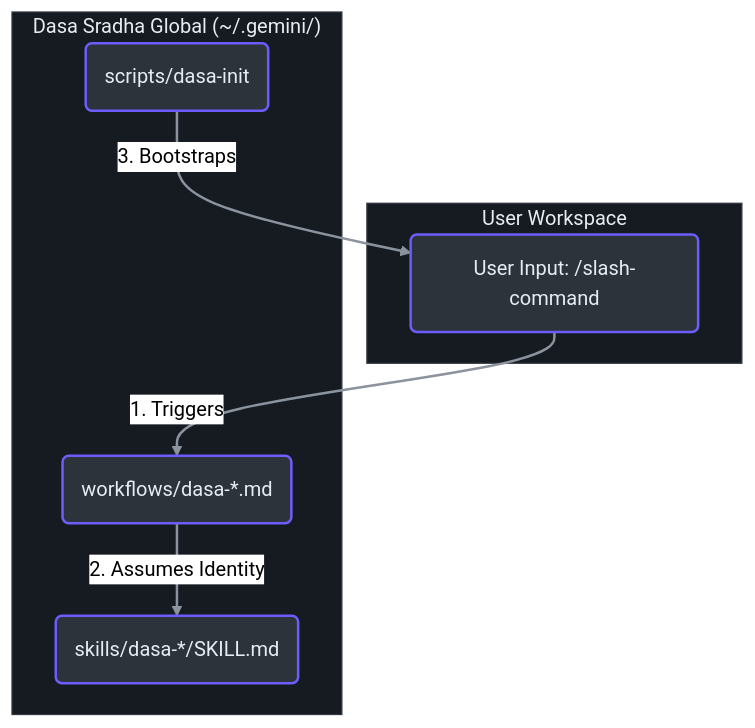
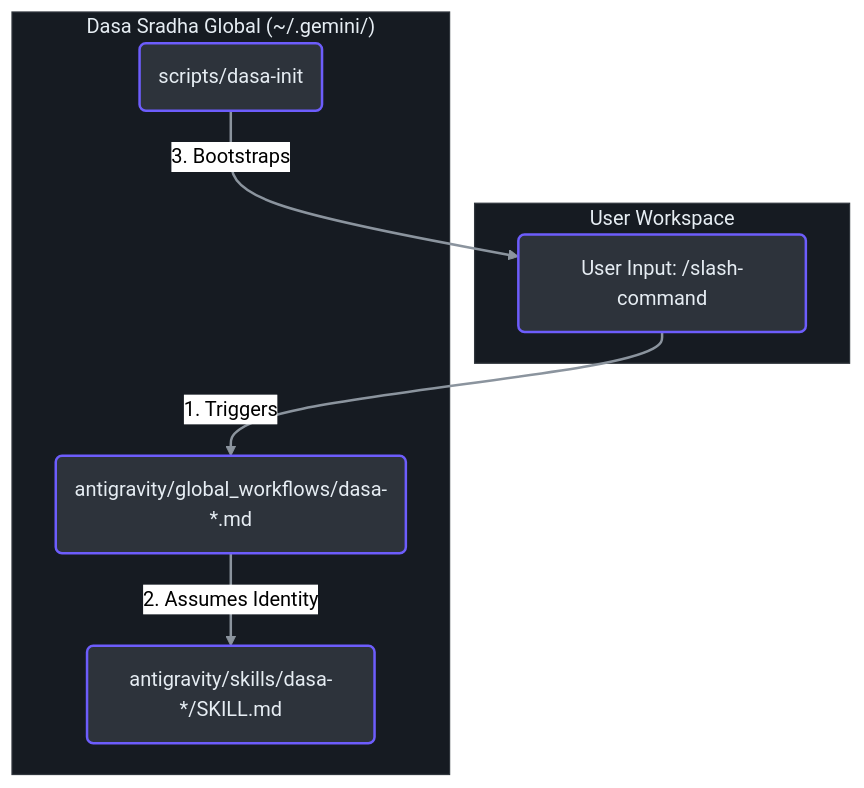
Before and after one commit to TudeOrangBiasa/dasa-sradha-kit: the first of 2 diagrams in CONTRIBUTING.md, drawn with Mermaid (neutral theme). The commit also changed other lines of this file and 2 other files, not shown here.

Commit message:
fix(install): update global_workflows installation path and directory structures

````diff
--- a/CONTRIBUTING.md
+++ b/CONTRIBUTING.md
@@ -18,26 +18,26 @@
 ```mermaid
 graph TD
     %% Node Styles
     classDef default fill:#2d333b,stroke:#6d5dfc,stroke-width:2px,color:#e6edf3;
     classDef sub fill:#161b22,stroke:#30363d,stroke-width:1px,color:#e6edf3;
 
     subgraph UserWorkspace ["User Workspace"]
     U("User Input: /slash-command")
     end
     
     subgraph DasaSradhaGlobal ["Dasa Sradha Global (~/.gemini/)"]
-    W("workflows/dasa-*.md")
-    S("skills/dasa-*/SKILL.md")
+    W("antigravity/global_workflows/dasa-*.md")
+    S("antigravity/skills/dasa-*/SKILL.md")
     E("scripts/dasa-init")
     end
 
     U -->|1. Triggers| W
     W -->|2. Assumes Identity| S
     E -->|3. Bootstraps| U
 
     %% Apply Subgraph Styles
     class UserWorkspace sub;
     class DasaSradhaGlobal sub;
     
     linkStyle default stroke:#8b949e,stroke-width:2px;
 ```
````
